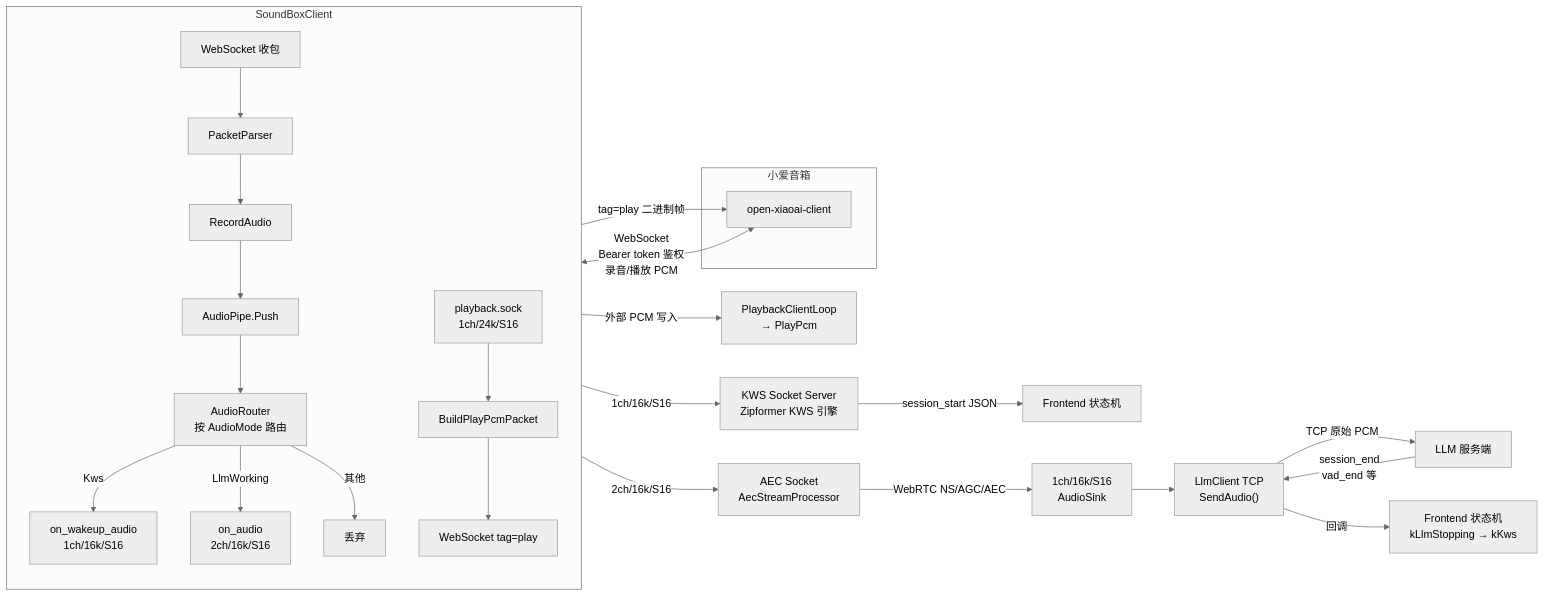
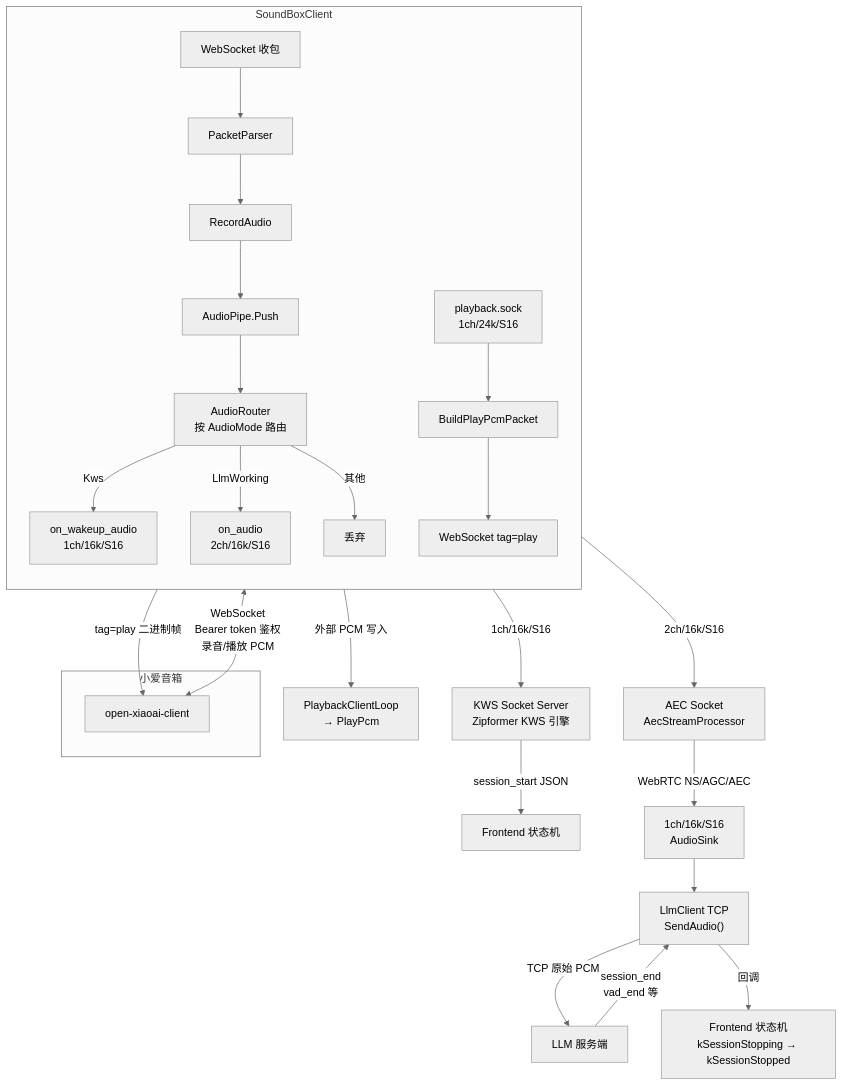
Before and after one commit to hengwu0/soundbox-server: the fifth of 5 diagrams in README.md, drawn with Mermaid (neutral theme). The commit also changed other lines of this file and 3 other files, not shown here.

````diff
--- a/README.md
+++ b/README.md
@@ -158,35 +162,35 @@
 ```mermaid
-flowchart LR
+flowchart TD
     subgraph xiaoai["小爱音箱"]
         OXA["open-xiaoai-client"]
     end
 
     subgraph client["SoundBoxClient"]
         direction TB
         WSIN["WebSocket 收包"] --> PP["PacketParser"]
         PP --> RA["RecordAudio"]
         RA --> AP["AudioPipe.Push"]
         AP --> AR["AudioRouter<br/>按 AudioMode 路由"]
         AR --> |"Kws"| OWA["on_wakeup_audio<br/>1ch/16k/S16"]
         AR --> |"LlmWorking"| OA["on_audio<br/>2ch/16k/S16"]
         AR --> |"其他"| DROP["丢弃"]
         PLAYIN["playback.sock<br/>1ch/24k/S16"] --> BPP["BuildPlayPcmPacket"]
         BPP --> WSOUT["WebSocket tag=play"]
     end
 
     OXA <--> |"WebSocket<br/>Bearer token 鉴权<br/>录音/播放 PCM"| WSIN
     WSOUT --> |"tag=play 二进制帧"| OXA
 
     OWA --> |"1ch/16k/S16"| KWSS["KWS Socket Server<br/>Zipformer KWS 引擎"]
     KWSS --> |"session_start JSON"| FSM["Frontend 状态机"]
 
     OA --> |"2ch/16k/S16"| AECS["AEC Socket<br/>AecStreamProcessor"]
     AECS --> |"WebRTC NS/AGC/AEC"| AECOUT["1ch/16k/S16<br/>AudioSink"]
 
     AECOUT --> LLMC["LlmClient TCP<br/>SendAudio()"]
     LLMC --> |"TCP 原始 PCM"| LLMS["LLM 服务端"]
     LLMS --> |"session_end<br/>vad_end 等"| LLMC
-    LLMC --> |"回调"| FSM2["Frontend 状态机<br/>kLlmStopping → kKws"]
+    LLMC --> |"回调"| FSM2["Frontend 状态机<br/>kSessionStopping → kSessionStopped"]
 
     PLAYIN --> |"外部 PCM 写入"| PCLIENT["PlaybackClientLoop<br/>→ PlayPcm"]
 ```
````
